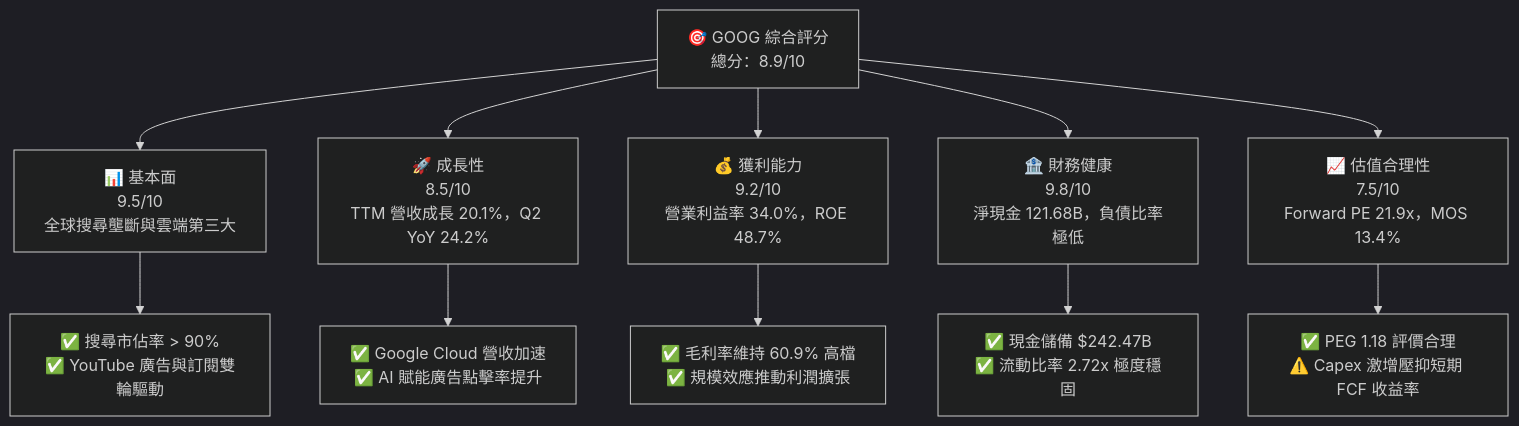
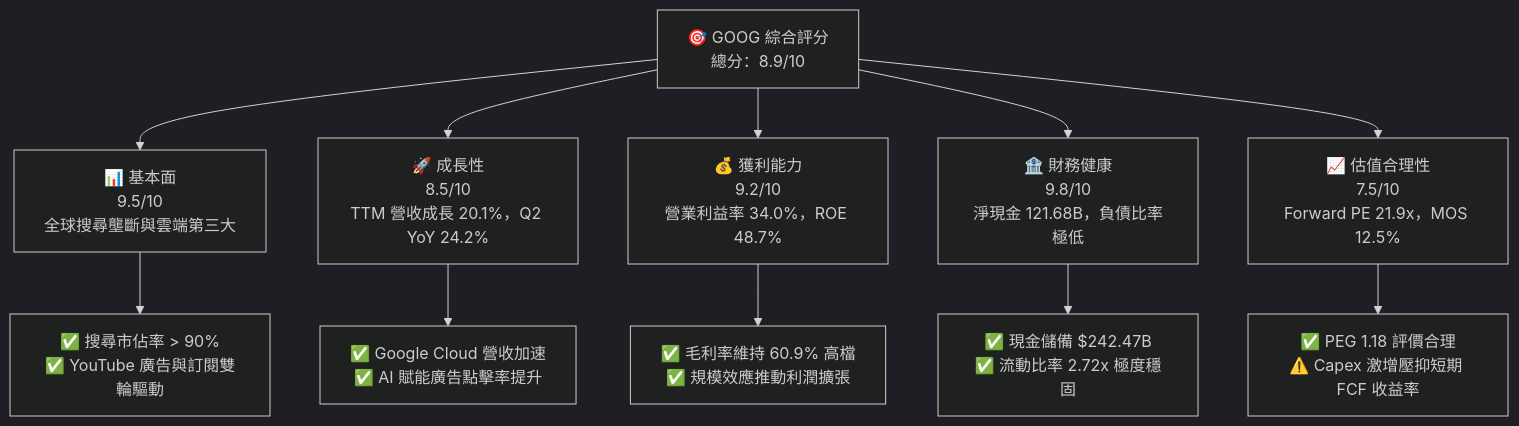
Before and after one commit to yennanliu/finance_data: the first of 15 diagrams in ai_gen_report/fundamental/goog/fundamental_analysis_2026-10-20_gemini.md, drawn with Mermaid (dark theme). The commit also changed other lines of this file and 339 other files, not shown here.

````diff
--- a/ai_gen_report/fundamental/goog/fundamental_analysis_2026-10-20_gemini.md
+++ b/ai_gen_report/fundamental/goog/fundamental_analysis_2026-10-20_gemini.md
@@ -58,22 +65,22 @@
 ```mermaid
 graph TD
     TICKER["🎯 GOOG 綜合評分<br/>總分：8.9/10"]
 
     F["📊 基本面<br/>9.5/10<br/>全球搜尋壟斷與雲端第三大"]
     G["🚀 成長性<br/>8.5/10<br/>TTM 營收成長 20.1%，Q2 YoY 24.2%"]
     P["💰 獲利能力<br/>9.2/10<br/>營業利益率 34.0%，ROE 48.7%"]
     B["🏦 財務健康<br/>9.8/10<br/>淨現金 121.68B，負債比率極低"]
-    V["📈 估值合理性<br/>7.5/10<br/>Forward PE 21.9x，MOS 13.4%"]
+    V["📈 估值合理性<br/>7.5/10<br/>Forward PE 21.9x，MOS 12.5%"]
 
     TICKER --> F
     TICKER --> G
     TICKER --> P
     TICKER --> B
     TICKER --> V
 
     F --> F1["✅ 搜尋市佔率 > 90%<br/>✅ YouTube 廣告與訂閱雙輪驅動"]
     G --> G1["✅ Google Cloud 營收加速<br/>✅ AI 賦能廣告點擊率提升"]
     P --> P1["✅ 毛利率維持 60.9% 高檔<br/>✅ 規模效應推動利潤擴張"]
     B --> B1["✅ 現金儲備 $242.47B<br/>✅ 流動比率 2.72x 極度穩固"]
     V --> V1["✅ PEG 1.18 評價合理<br/>⚠️ Capex 激增壓抑短期 FCF 收益率"]
 ```
````
